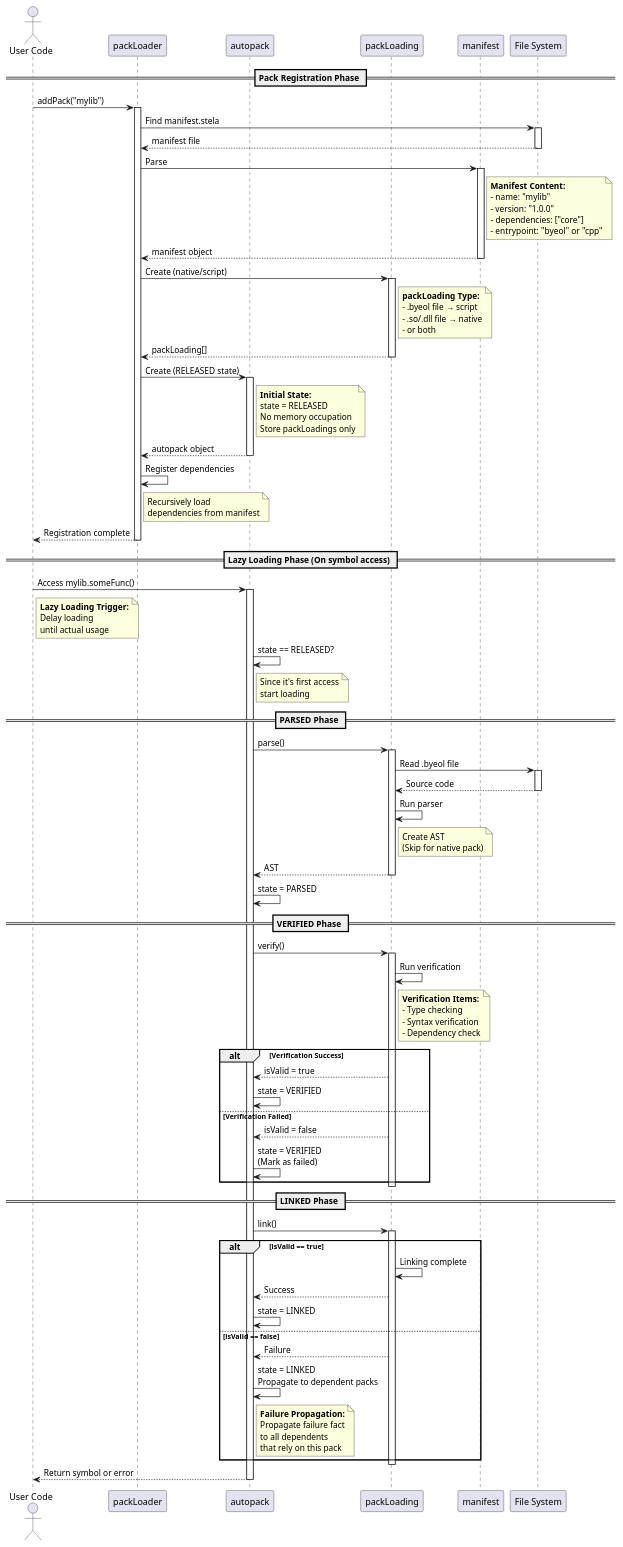
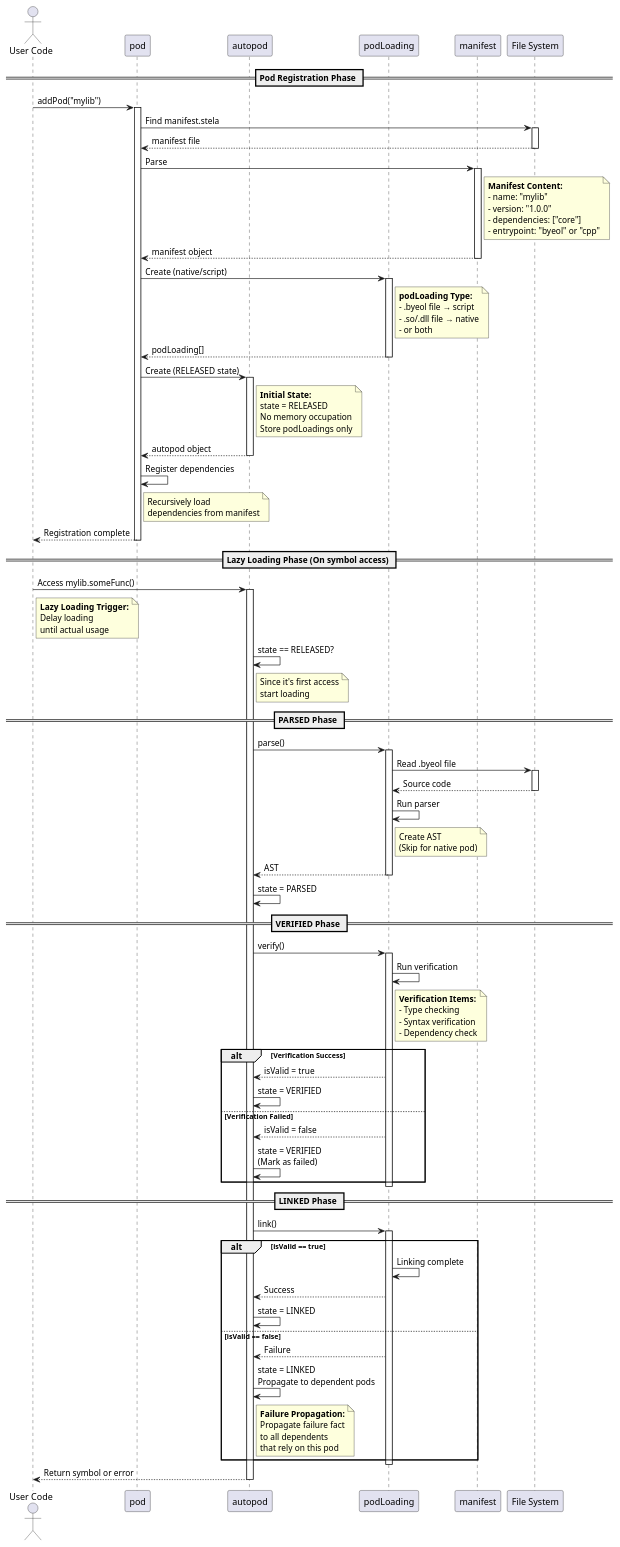
One commit to byeolang/byeol changed diagram 13 of 19 in doc/ref/ko/ak-architecture-core.md. Above: the diagram before and after it, drawn with PlantUML. The commit also changed other lines of this file and 7 other files, not shown here.

Commit message:
doc: rename pack to pod

```diff
--- a/doc/ref/ko/ak-architecture-core.md
+++ b/doc/ref/ko/ak-architecture-core.md
@@ -2812,14 +2812,14 @@
 @startuml
 actor "User Code" as user
-participant "packLoader" as loader
-participant "autopack" as autopack
-participant "packLoading" as packLoading
+participant "pod" as loader
+participant "autopod" as autopod
+participant "podLoading" as podLoading
 participant "manifest" as manifest
 participant "File System" as fs
 
-== Pack Registration Phase ==
+== Pod Registration Phase ==
 
-user -> loader : addPack("mylib")
+user -> loader : addPod("mylib")
 activate loader
 
 loader -> fs : Find manifest.stela
@@ -2842,31 +2842,31 @@
 manifest --> loader : manifest object
 deactivate manifest
 
-loader -> packLoading : Create (native/script)
-activate packLoading
+loader -> podLoading : Create (native/script)
+activate podLoading
 
-note right of packLoading
-  <b>packLoading Type:</b>
+note right of podLoading
+  <b>podLoading Type:</b>
   - .byeol file → script
   - .so/.dll file → native
   - or both
 end note
 
-packLoading --> loader : packLoading[]
-deactivate packLoading
+podLoading --> loader : podLoading[]
+deactivate podLoading
 
-loader -> autopack : Create (RELEASED state)
-activate autopack
+loader -> autopod : Create (RELEASED state)
+activate autopod
 
-note right of autopack
+note right of autopod
   <b>Initial State:</b>
   state = RELEASED
   No memory occupation
-  Store packLoadings only
+  Store podLoadings only
 end note
 
-autopack --> loader : autopack object
-deactivate autopack
+autopod --> loader : autopod object
+deactivate autopod
 
 loader -> loader : Register dependencies
 note right of loader
@@ -2879,8 +2879,8 @@
 
 == Lazy Loading Phase (On symbol access) ==
 
-user -> autopack : Access mylib.someFunc()
-activate autopack
+user -> autopod : Access mylib.someFunc()
+activate autopod
 
 note right of user
   <b>Lazy Loading Trigger:</b>
@@ -2888,41 +2888,41 @@
   until actual usage
 end note
 
-autopack -> autopack : state == RELEASED?
-note right of autopack
+autopod -> autopod : state == RELEASED?
+note right of autopod
   Since it's first access
   start loading
 end note
 
 == PARSED Phase ==
 
-autopack -> packLoading : parse()
-activate packLoading
+autopod -> podLoading : parse()
+activate podLoading
 
-packLoading -> fs : Read .byeol file
+podLoading -> fs : Read .byeol file
 activate fs
 
-fs --> packLoading : Source code
+fs --> podLoading : Source code
 deactivate fs
 
-packLoading -> packLoading : Run parser
-note right of packLoading
+podLoading -> podLoading : Run parser
+note right of podLoading
   Create AST
-  (Skip for native pack)
+  (Skip for native pod)
 end note
 
-packLoading --> autopack : AST
-deactivate packLoading
+podLoading --> autopod : AST
+deactivate podLoading
 
-autopack -> autopack : state = PARSED
+autopod -> autopod : state = PARSED
 
 == VERIFIED Phase ==
 
-autopack -> packLoading : verify()
-activate packLoading
+autopod -> podLoading : verify()
+activate podLoading
 
-packLoading -> packLoading : Run verification
-note right of packLoading
+podLoading -> podLoading : Run verification
+note right of podLoading
   <b>Verification Items:</b>
   - Type checking
   - Syntax verification
@@ -2931,47 +2931,47 @@
 
 alt Verification Success
 
-    packLoading --> autopack : isValid = true
-    autopack -> autopack : state = VERIFIED
+    podLoading --> autopod : isValid = true
+    autopod -> autopod : state = VERIFIED
 
 else Verification Failed
 
-    packLoading --> autopack : isValid = false
-    autopack -> autopack : state = VERIFIED\n(Mark as failed)
+    podLoading --> autopod : isValid = false
+    autopod -> autopod : state = VERIFIED\n(Mark as failed)
 
 end
 
-deactivate packLoading
+deactivate podLoading
 
 == LINKED Phase ==
 
-autopack -> packLoading : link()
-activate packLoading
+autopod -> podLoading : link()
+activate podLoading
 
 alt isValid == true
 
-    packLoading -> packLoading : Linking complete
-    packLoading --> autopack : Success
+    podLoading -> podLoading : Linking complete
+    podLoading --> autopod : Success
 
-    autopack -> autopack : state = LINKED
+    autopod -> autopod : state = LINKED
 
 else isValid == false
 
-    packLoading --> autopack : Failure
+    podLoading --> autopod : Failure
 
-    autopack -> autopack : state = LINKED\nPropagate to dependent packs
+    autopod -> autopod : state = LINKED\nPropagate to dependent pods
 
-    note right of autopack
+    note right of autopod
       <b>Failure Propagation:</b>
       Propagate failure fact
       to all dependents
-      that rely on this pack
+      that rely on this pod
     end note
 
 end
 
-deactivate packLoading
+deactivate podLoading
 
-autopack --> user : Return symbol or error
-deactivate autopack
+autopod --> user : Return symbol or error
+deactivate autopod
 @enduml
```
